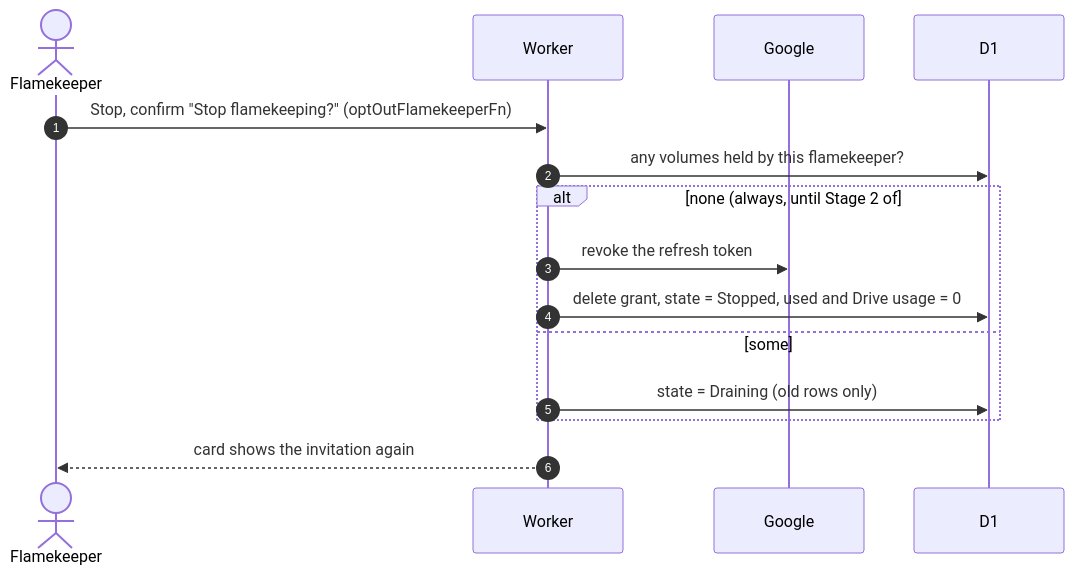
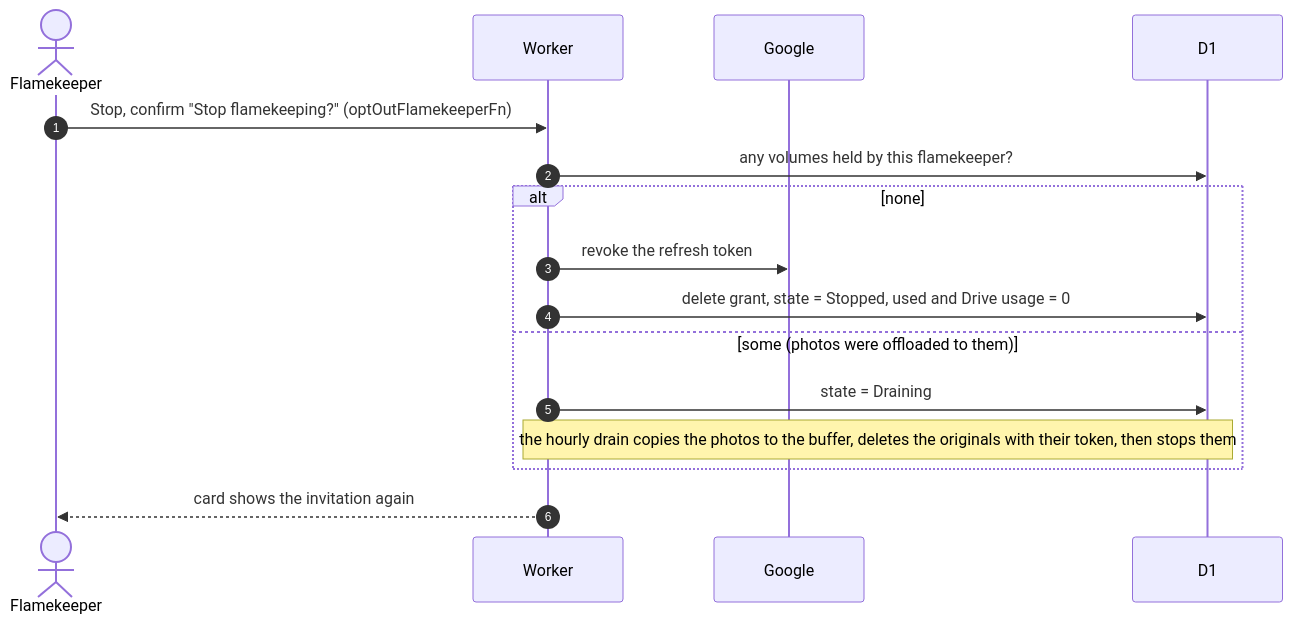
One commit to sagyzdop/meriksirat changed the diagram in docs/scenarios/flamekeeper/account/stop.md. Above: the diagram before and after it, drawn with Mermaid. The commit also changed other lines of this file and 51 other files, not shown here.

````diff
--- a/docs/scenarios/flamekeeper/account/stop.md
+++ b/docs/scenarios/flamekeeper/account/stop.md
@@ -5,17 +5,18 @@
 ```mermaid
 sequenceDiagram
     autonumber
     actor F as Flamekeeper
     participant W as Worker
     participant G as Google
     participant D1
     F->>W: Stop, confirm "Stop flamekeeping?" (optOutFlamekeeperFn)
     W->>D1: any volumes held by this flamekeeper?
-    alt none (always, until Stage 2 of #15)
+    alt none
         W->>G: revoke the refresh token
         W->>D1: delete grant, state = Stopped, used and Drive usage = 0
-    else some
-        W->>D1: state = Draining (old rows only)
+    else some (photos were offloaded to them)
+        W->>D1: state = Draining
+        Note over W,D1: the hourly drain copies the photos to the buffer, deletes the originals with their token, then stops them
     end
     W-->>F: card shows the invitation again
 ```
````
